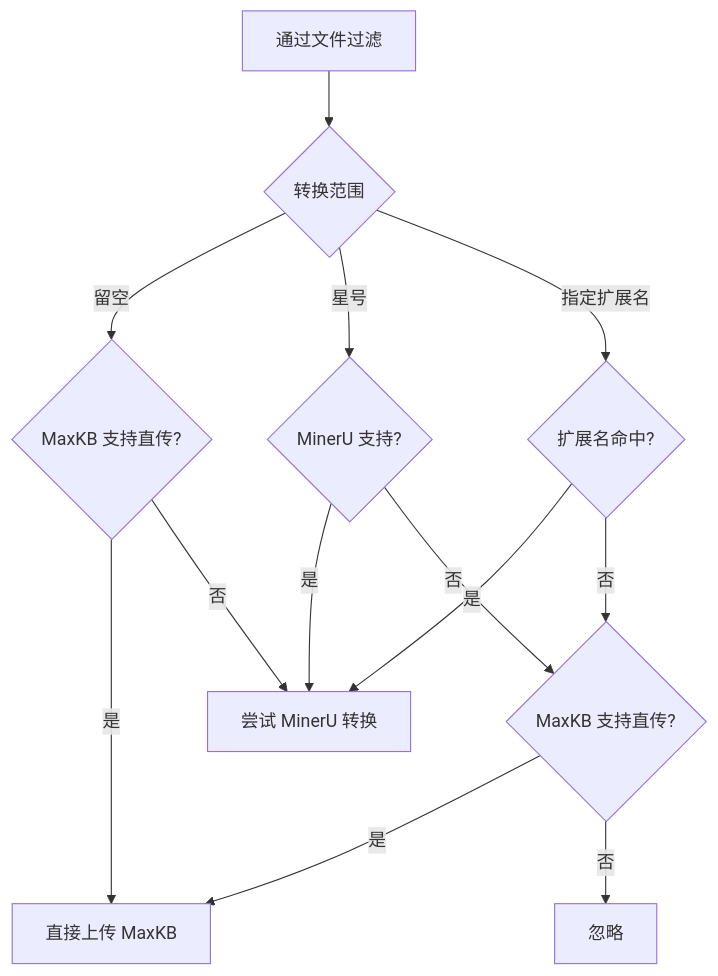
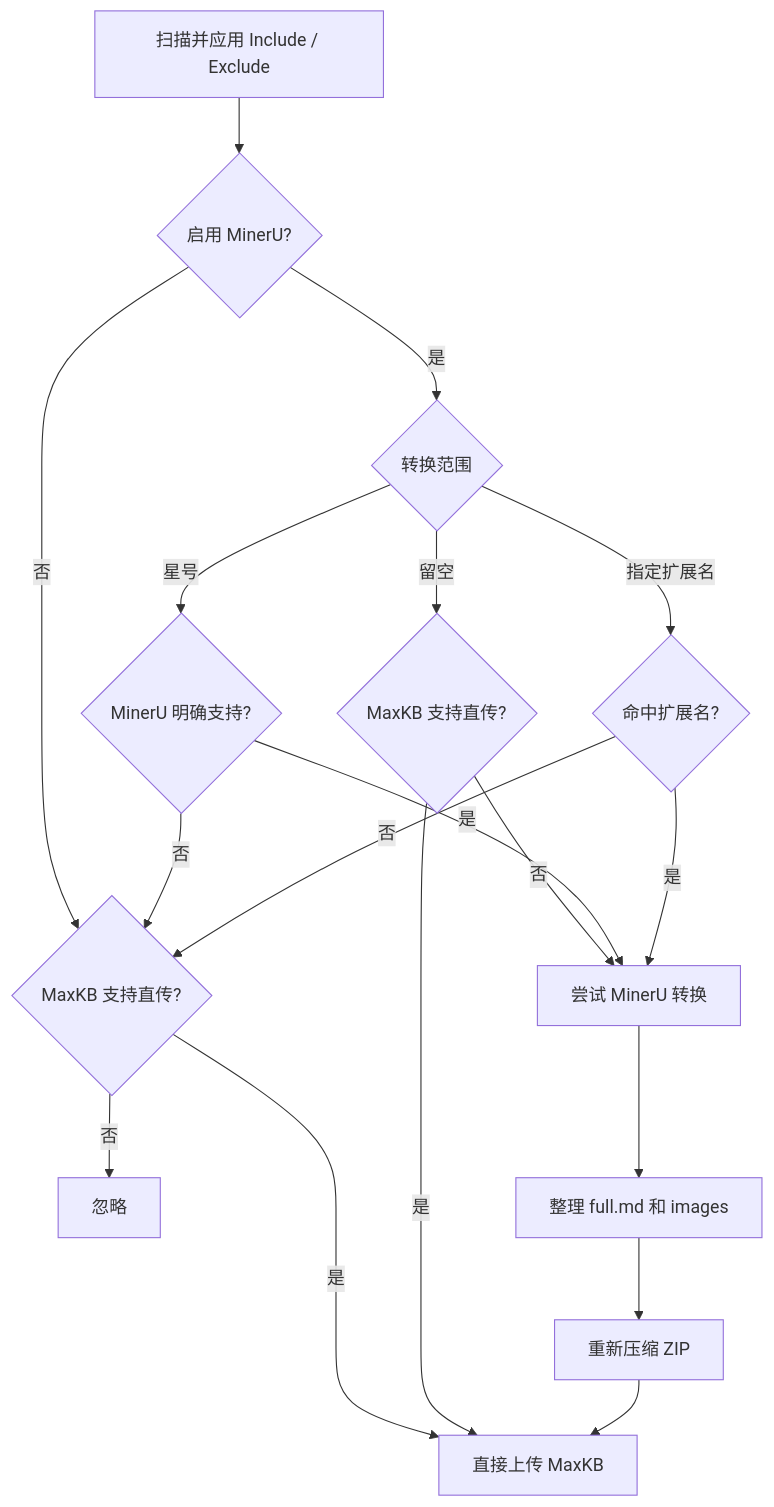
The first of 2 diagrams in USER_GUIDE.md (fit2cloud-east-de/maxkb-local-file-sync), drawn with Mermaid before and after one commit. The commit also changed other lines of this file and 3 other files, not shown here.

````diff
--- a/USER_GUIDE.md
+++ b/USER_GUIDE.md
@@ -197,15 +159,20 @@
 ```mermaid
 flowchart TD
-    A[通过文件过滤] --> B{转换范围}
-    B -- 留空 --> C{MaxKB 支持直传?}
+    A[扫描并应用 Include / Exclude] --> B{启用 MinerU?}
+    B -- 否 --> C{MaxKB 支持直传?}
     C -- 是 --> D[直接上传 MaxKB]
-    C -- 否 --> E[尝试 MinerU 转换]
-    B -- 星号 --> F{MinerU 支持?}
-    F -- 是 --> E
-    F -- 否 --> G{MaxKB 支持直传?}
-    G -- 是 --> D
-    G -- 否 --> H[忽略]
-    B -- 指定扩展名 --> I{扩展名命中?}
-    I -- 是 --> E
-    I -- 否 --> G
+    C -- 否 --> X[忽略]
+    B -- 是 --> E{转换范围}
+    E -- 留空 --> F{MaxKB 支持直传?}
+    F -- 是 --> D
+    F -- 否 --> G[尝试 MinerU 转换]
+    E -- 星号 --> H{MinerU 明确支持?}
+    H -- 是 --> G
+    H -- 否 --> C
+    E -- 指定扩展名 --> I{命中扩展名?}
+    I -- 是 --> G
+    I -- 否 --> C
+    G --> J[整理 full.md 和 images]
+    J --> K[重新压缩 ZIP]
+    K --> D
 ```
````
